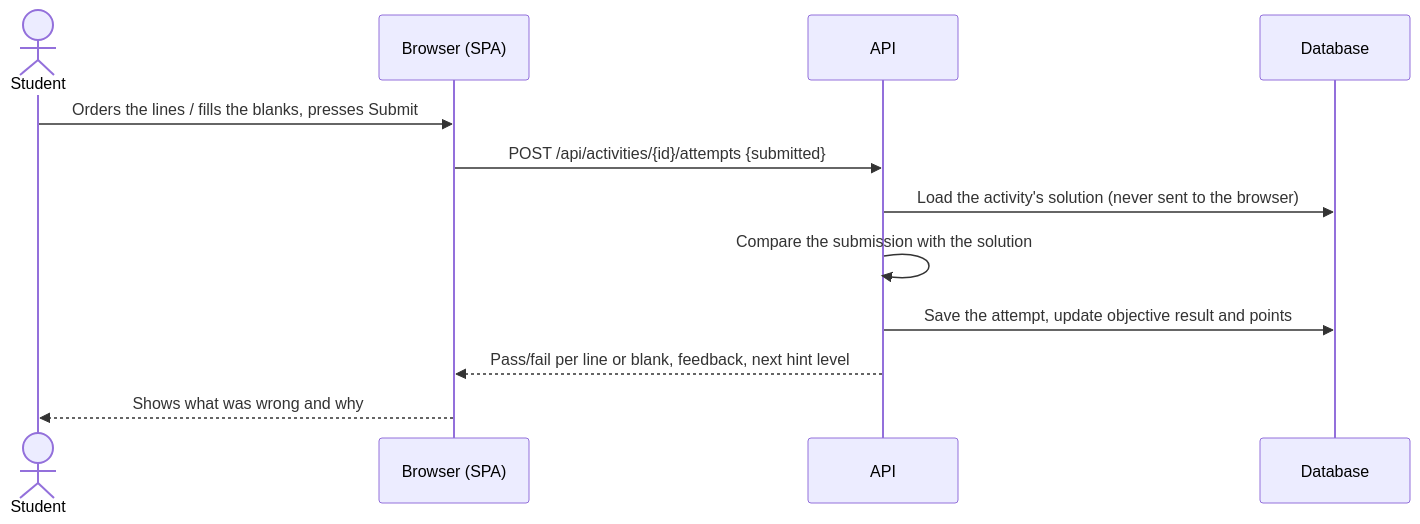
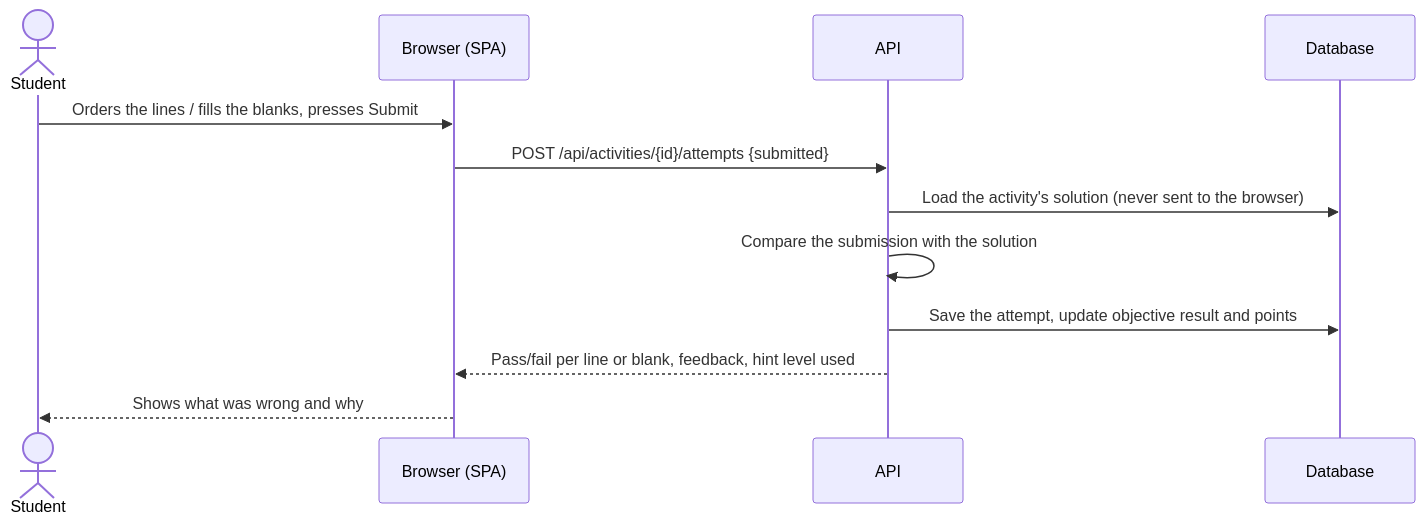
The second of 4 diagrams in docs/se/se-document.md (ctrl-group-cos750/cos750-project), drawn with Mermaid before and after one commit. The commit also changed other lines of this file, not shown here.

````diff
--- a/docs/se/se-document.md
+++ b/docs/se/se-document.md
@@ -256,14 +256,14 @@
 ```mermaid
 sequenceDiagram
     actor S as Student
     participant W as Browser (SPA)
     participant A as API
     participant D as Database
     S->>W: Orders the lines / fills the blanks, presses Submit
     W->>A: POST /api/activities/{id}/attempts {submitted}
     A->>D: Load the activity's solution (never sent to the browser)
     A->>A: Compare the submission with the solution
     A->>D: Save the attempt, update objective result and points
-    A-->>W: Pass/fail per line or blank, feedback, next hint level
+    A-->>W: Pass/fail per line or blank, feedback, hint level used
     W-->>S: Shows what was wrong and why
 ```
````
